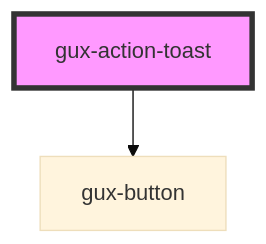
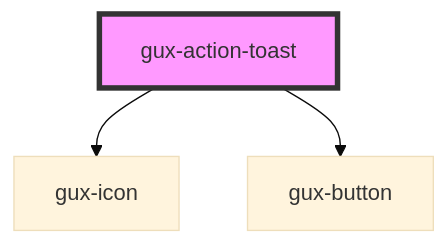
One commit to MyPureCloud/genesys-spark changed the diagram in src/components/gux-action-toast/readme.md. Above: the diagram before and after it, drawn with Mermaid (base theme). The commit also changed other lines of this file and 79 other files, not shown here.

````diff
--- a/src/components/gux-action-toast/readme.md
+++ b/src/components/gux-action-toast/readme.md
@@ -38,5 +39,6 @@
 ```mermaid
 graph TD;
+  gux-action-toast --> gux-icon
   gux-action-toast --> gux-button
   style gux-action-toast fill:#f9f,stroke:#333,stroke-width:4px
 ```
````
